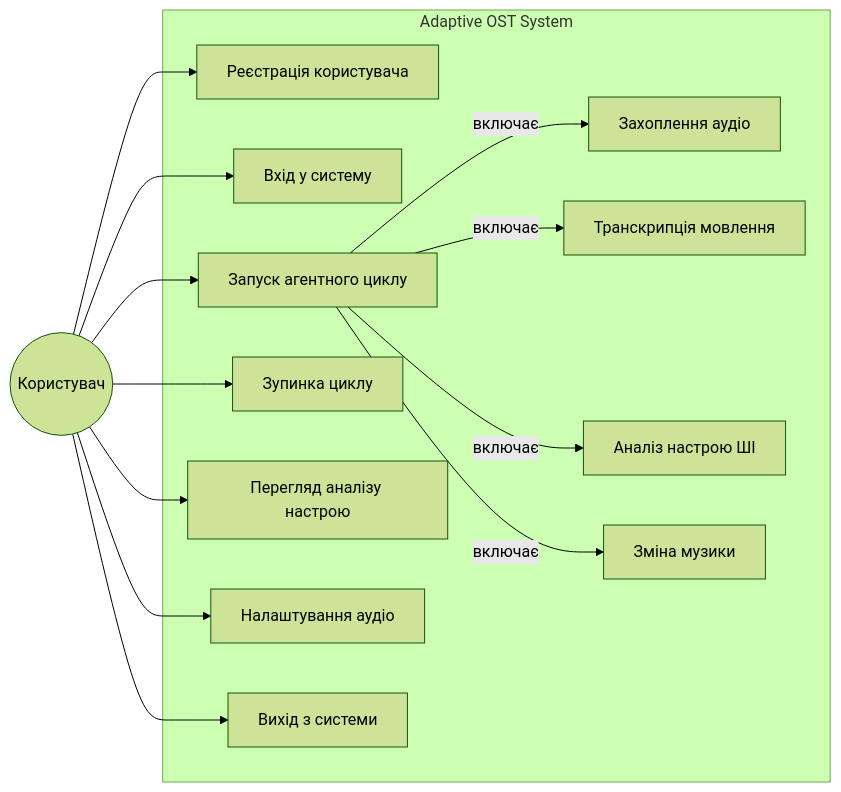
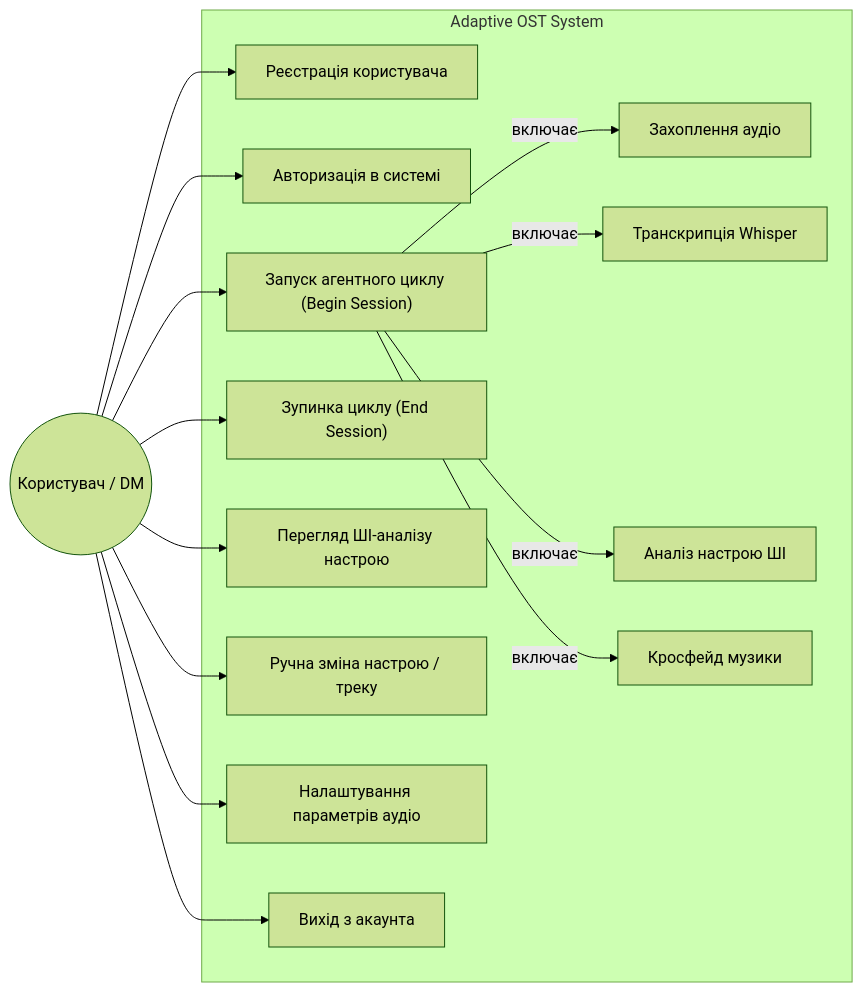
One commit to Djungarik/MastersDiploma changed the first of 15 diagrams in Кваліфікаційна_робота_магістра.md. Above: the diagram before and after it, drawn with Mermaid (forest theme). The commit also changed other lines of this file and 125 other files, not shown here.

First line of the commit message:
Thesis review fixes: sequential audio transitions, tests, experiments, diagrams

````diff
--- a/Кваліфікаційна_робота_магістра.md
+++ b/Кваліфікаційна_робота_магістра.md
@@ -212,27 +256,29 @@
 ```mermaid
 flowchart LR
     subgraph system["Adaptive OST System"]
         UC1["Реєстрація користувача"]
-        UC2["Вхід у систему"]
-        UC3["Запуск агентного циклу"]
-        UC4["Зупинка циклу"]
-        UC5["Перегляд аналізу настрою"]
-        UC6["Налаштування аудіо"]
-        UC7["Вихід з системи"]
+        UC2["Авторизація в системі"]
+        UC3["Запуск агентного циклу (Begin Session)"]
+        UC4["Зупинка циклу (End Session)"]
+        UC5["Перегляд ШІ-аналізу настрою"]
+        UC6["Ручна зміна настрою / треку"]
+        UC7["Налаштування параметрів аудіо"]
+        UC8["Вихід з акаунта"]
 
         UC3 -->|"включає"| UC3A["Захоплення аудіо"]
-        UC3 -->|"включає"| UC3B["Транскрипція мовлення"]
+        UC3 -->|"включає"| UC3B["Транскрипція Whisper"]
         UC3 -->|"включає"| UC3C["Аналіз настрою ШІ"]
-        UC3 -->|"включає"| UC3D["Зміна музики"]
+        UC3 -->|"включає"| UC3D["Кросфейд музики"]
     end
 
-    User((Користувач))
+    User((Користувач / DM))
 
     User --> UC1
     User --> UC2
     User --> UC3
     User --> UC4
     User --> UC5
     User --> UC6
     User --> UC7
+    User --> UC8
 ```
````
